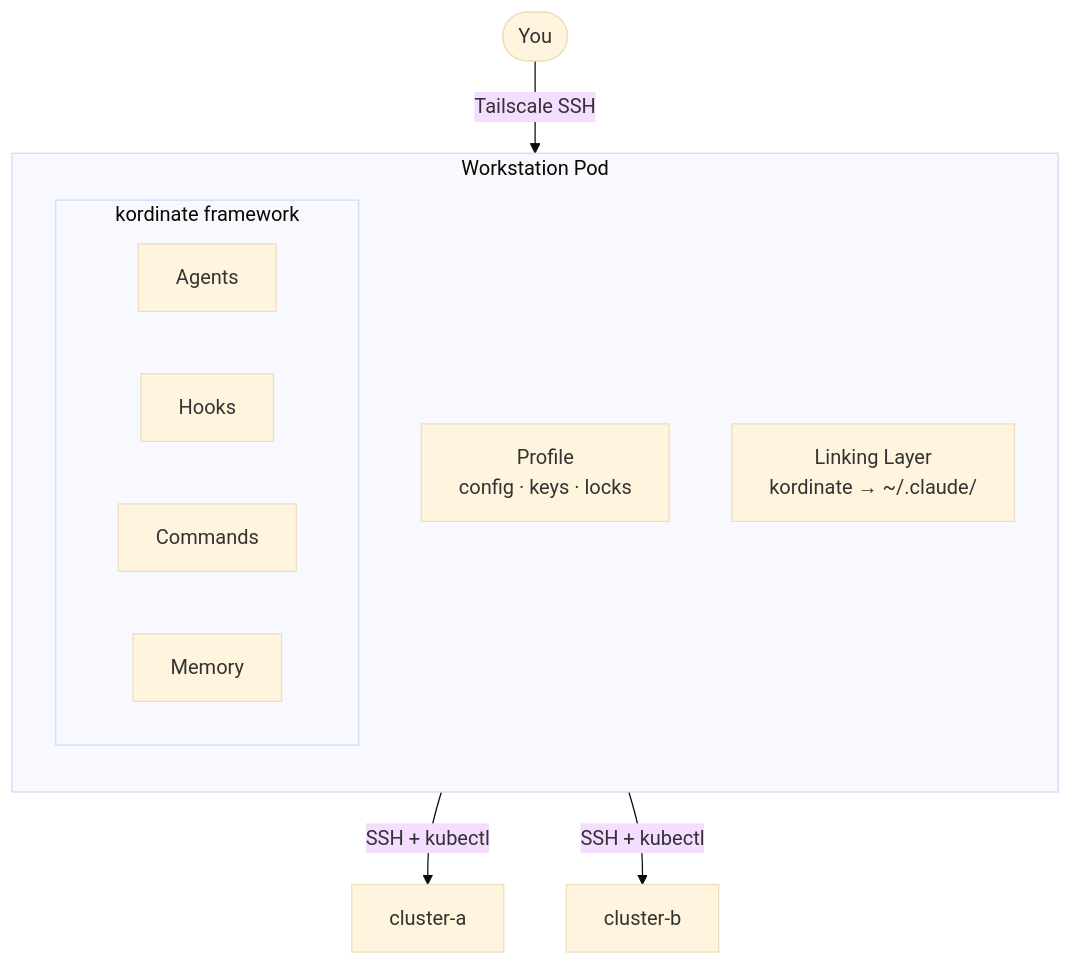
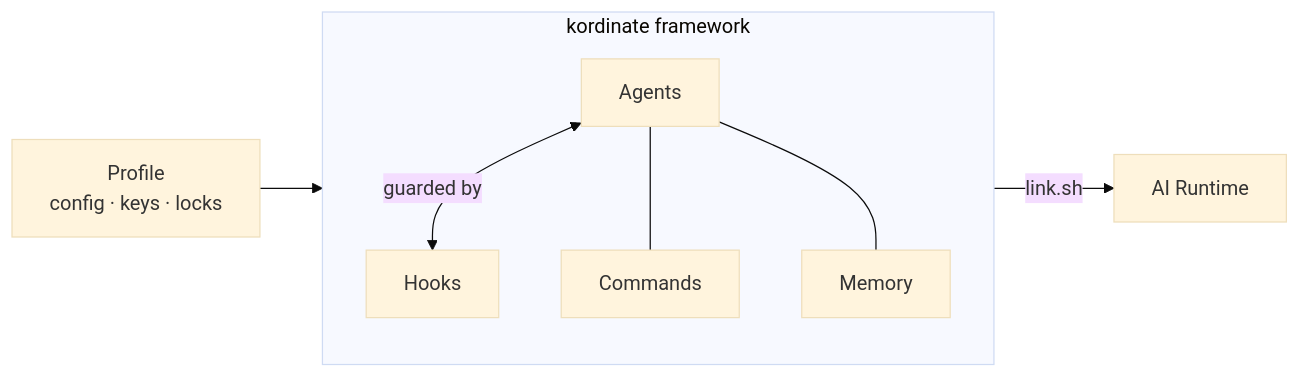
The diagram in docs/index.md (Kord96/kordinate), drawn with Mermaid (base theme) before and after one commit. The commit also changed 3 other files, not shown here.

First line of the commit message:
Mermaid: add zoom-to-tab button, theme styling, simplify home diagram

````diff
--- a/docs/index.md
+++ b/docs/index.md
@@ -7,20 +7,12 @@
 ```mermaid
-flowchart TB
-    U([You]) -->|Tailscale SSH| W
-
-    subgraph W[Workstation Pod]
+flowchart LR
+    subgraph kordinate[kordinate framework]
         direction TB
-        subgraph framework[kordinate framework]
-            direction LR
-            A[Agents]
-            H[Hooks]
-            C[Commands]
-            M[Memory]
-        end
-        P[Profile<br/>config · keys · locks]
-        L[Linking Layer<br/>kordinate → ~/.claude/]
+        A[Agents] <-->|guarded by| H[Hooks]
+        A --- C[Commands]
+        A --- M[Memory]
     end
 
-    W -->|SSH + kubectl| K1[cluster-a]
-    W -->|SSH + kubectl| K2[cluster-b]
+    P[Profile<br/>config · keys · locks] --> kordinate
+    kordinate -->|link.sh| R[AI Runtime]
 ```
````
